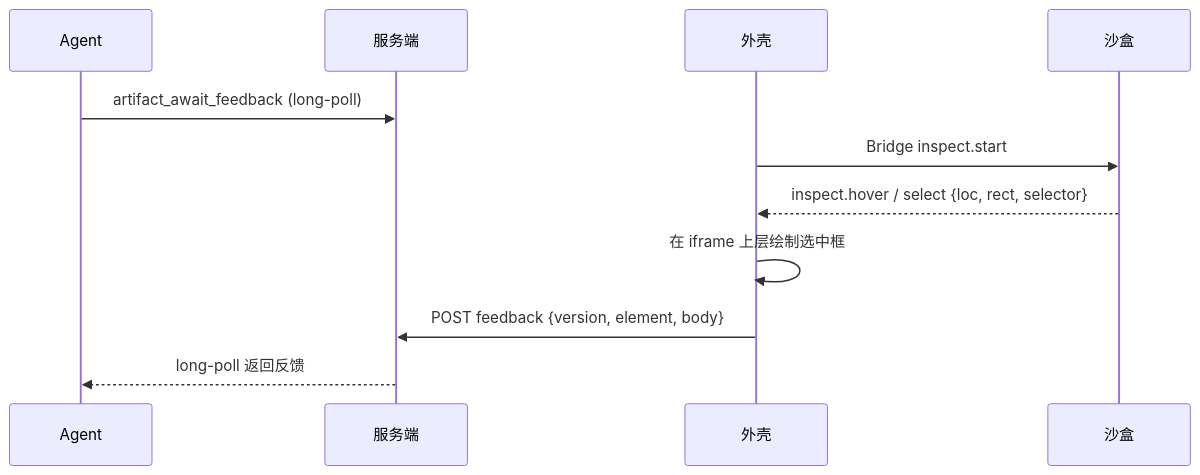
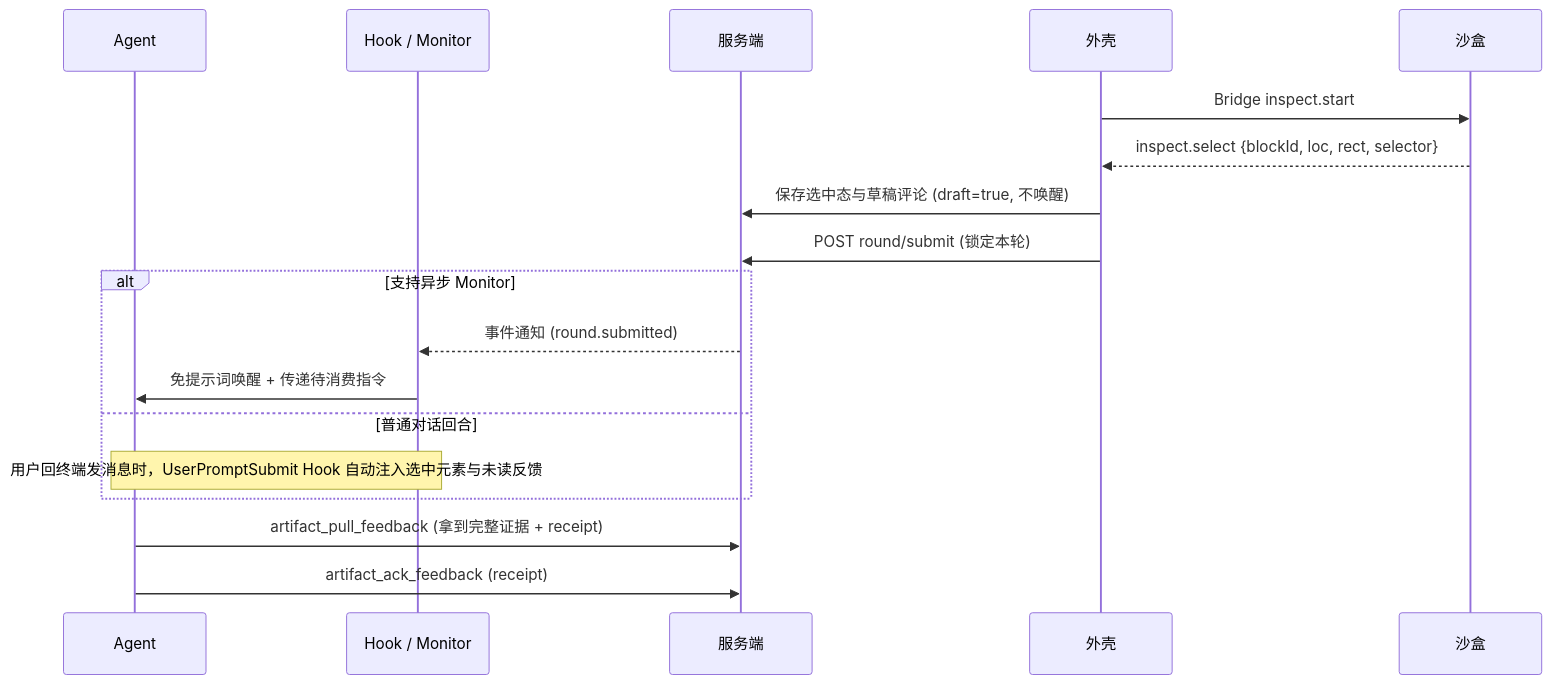
Before and after one commit to VOD-Studio/akasha-artifacts: the fourth of 6 diagrams in docs/design/architecture.md, drawn with Mermaid. The commit also changed other lines of this file and 1 other file, not shown here.

````diff
--- a/docs/design/architecture.md
+++ b/docs/design/architecture.md
@@ -215,13 +243,20 @@
 ```mermaid
 sequenceDiagram
     participant Ag as Agent
+    participant Hk as Hook / Monitor
     participant S as 服务端
     participant Sh as 外壳
     participant Sb as 沙盒
-    Ag->>S: artifact_await_feedback (long-poll)
     Sh->>Sb: Bridge inspect.start
-    Sb-->>Sh: inspect.hover / select {loc, rect, selector}
-    Sh->>Sh: 在 iframe 上层绘制选中框
-    Sh->>S: POST feedback {version, element, body}
-    S-->>Ag: long-poll 返回反馈
+    Sb-->>Sh: inspect.select {blockId, loc, rect, selector}
+    Sh->>S: 保存选中态与草稿评论 (draft=true, 不唤醒)
+    Sh->>S: POST round/submit (锁定本轮)
+    alt 支持异步 Monitor
+        S-->>Hk: 事件通知 (round.submitted)
+        Hk->>Ag: 免提示词唤醒 + 传递待消费指令
+    else 普通对话回合
+        Note over Hk,Ag: 用户回终端发消息时，UserPromptSubmit Hook 自动注入选中元素与未读反馈
+    end
+    Ag->>S: artifact_pull_feedback (拿到完整证据 + receipt)
+    Ag->>S: artifact_ack_feedback (receipt)
 ```
````
